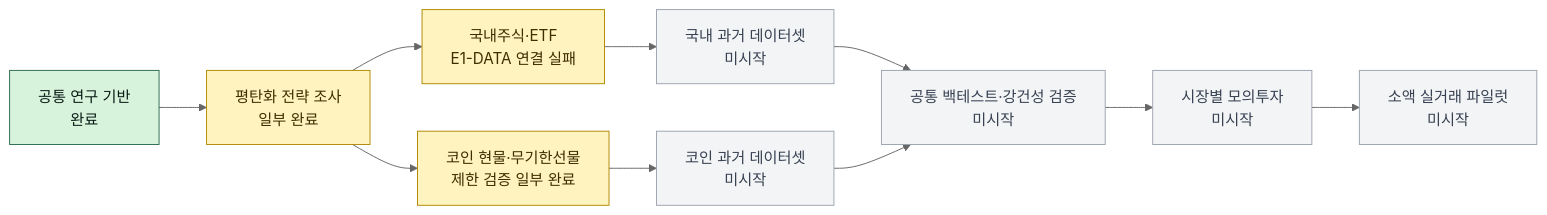
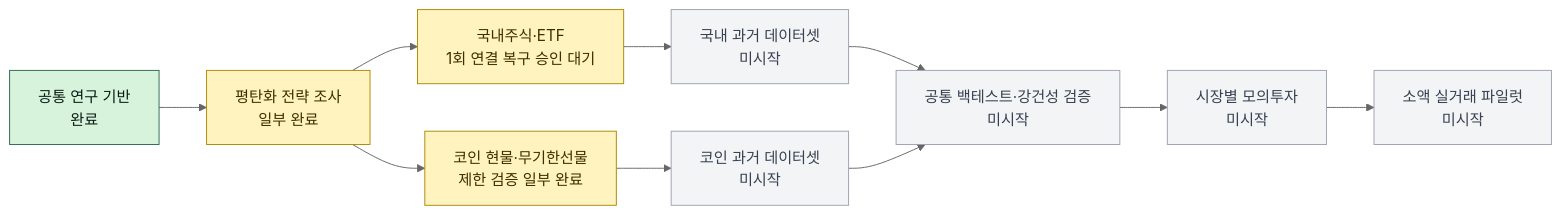
One commit to jhg6636/autotrade-lab changed the diagram in README.md. Above: the diagram before and after it, drawn with Mermaid (neutral theme). The commit also changed other lines of this file and 5 other files, not shown here.

````diff
--- a/README.md
+++ b/README.md
@@ -17,22 +17,22 @@
 ```mermaid
 flowchart LR
     A["공통 연구 기반<br/>완료"] --> B["평탄화 전략 조사<br/>일부 완료"]
-    B --> K["국내주식·ETF<br/>E1-DATA 연결 실패"]
+    B --> K["국내주식·ETF<br/>1회 연결 복구 승인 대기"]
     B --> C["코인 현물·무기한선물<br/>제한 검증 일부 완료"]
     K --> KD["국내 과거 데이터셋<br/>미시작"]
     C --> CD["코인 과거 데이터셋<br/>미시작"]
     KD --> V["공통 백테스트·강건성 검증<br/>미시작"]
     CD --> V
     V --> P["시장별 모의투자<br/>미시작"]
     P --> L["소액 실거래 파일럿<br/>미시작"]
 
     classDef done fill:#d8f3dc,stroke:#2d6a4f,color:#081c15;
     classDef partial fill:#fff3bf,stroke:#b08900,color:#3d2f00;
     classDef current fill:#dbeafe,stroke:#2563eb,color:#172554,stroke-width:3px;
     classDef future fill:#f3f4f6,stroke:#9ca3af,color:#374151;
     class A done;
     class B partial;
     class C partial;
     class K partial;
     class KD,CD,V,P,L future;
 ```
````
